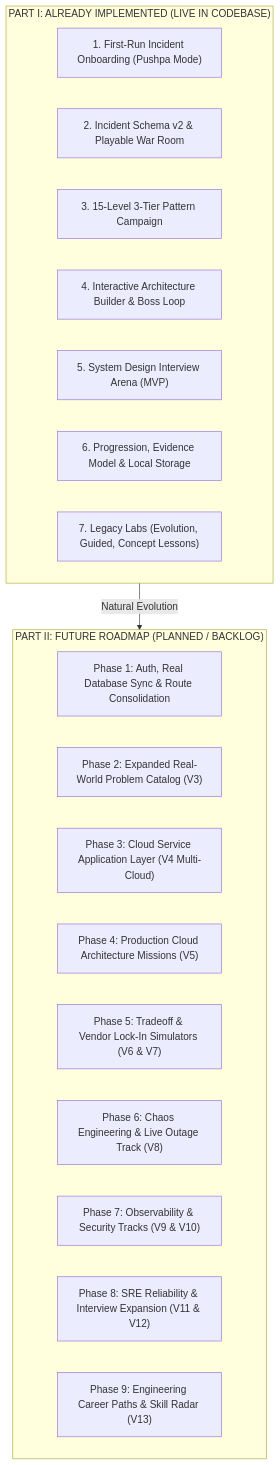
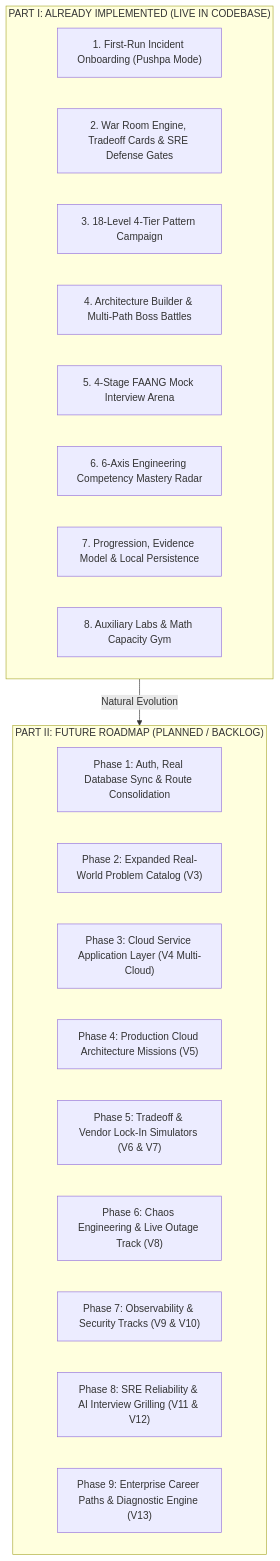
The first of 2 diagrams in MASTER_IMPLEMENTATION_PLAN.md (Singhak/boaringSD), drawn with Mermaid before and after one commit. The commit also changed other lines of this file and 1 other file, not shown here.

Commit message:
feat: update campaign structure to 18 levels and enhance incident war room engine

````diff
--- a/MASTER_IMPLEMENTATION_PLAN.md
+++ b/MASTER_IMPLEMENTATION_PLAN.md
@@ -38,26 +60,27 @@
 ```mermaid
 graph TD
     subgraph Part1["PART I: ALREADY IMPLEMENTED (LIVE IN CODEBASE)"]
         A1["1. First-Run Incident Onboarding (Pushpa Mode)"]
-        A2["2. Incident Schema v2 & Playable War Room"]
-        A3["3. 15-Level 3-Tier Pattern Campaign"]
-        A4["4. Interactive Architecture Builder & Boss Loop"]
-        A5["5. System Design Interview Arena (MVP)"]
-        A6["6. Progression, Evidence Model & Local Storage"]
-        A7["7. Legacy Labs (Evolution, Guided, Concept Lessons)"]
+        A2["2. War Room Engine, Tradeoff Cards & SRE Defense Gates"]
+        A3["3. 18-Level 4-Tier Pattern Campaign"]
+        A4["4. Architecture Builder & Multi-Path Boss Battles"]
+        A5["5. 4-Stage FAANG Mock Interview Arena"]
+        A6["6. 6-Axis Engineering Competency Mastery Radar"]
+        A7["7. Progression, Evidence Model & Local Persistence"]
+        A8["8. Auxiliary Labs & Math Capacity Gym"]
     end
 
     subgraph Part2["PART II: FUTURE ROADMAP (PLANNED / BACKLOG)"]
         F1["Phase 1: Auth, Real Database Sync & Route Consolidation"]
         F2["Phase 2: Expanded Real-World Problem Catalog (V3)"]
         F3["Phase 3: Cloud Service Application Layer (V4 Multi-Cloud)"]
         F4["Phase 4: Production Cloud Architecture Missions (V5)"]
         F5["Phase 5: Tradeoff & Vendor Lock-In Simulators (V6 & V7)"]
         F6["Phase 6: Chaos Engineering & Live Outage Track (V8)"]
         F7["Phase 7: Observability & Security Tracks (V9 & V10)"]
-        F8["Phase 8: SRE Reliability & Interview Expansion (V11 & V12)"]
-        F9["Phase 9: Engineering Career Paths & Skill Radar (V13)"]
+        F8["Phase 8: SRE Reliability & AI Interview Grilling (V11 & V12)"]
+        F9["Phase 9: Enterprise Career Paths & Diagnostic Engine (V13)"]
     end
 
     Part1 -->|Natural Evolution| Part2
 ```
````
